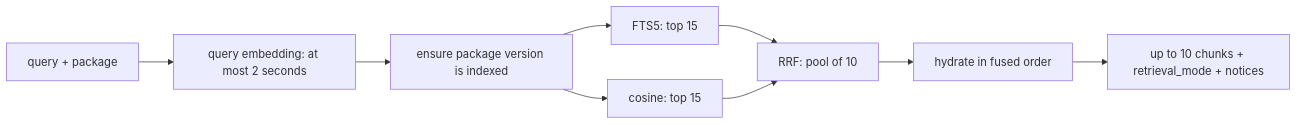
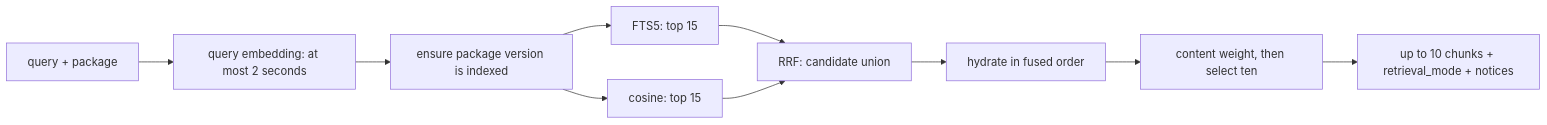
One commit to ndrean/local-elixir-mcp changed the diagram in README.md. Above: the diagram before and after it, drawn with Mermaid. The commit also changed other lines of this file and 11 other files, not shown here.

````diff
--- a/README.md
+++ b/README.md
@@ -379,11 +523,12 @@
 ```mermaid
 flowchart LR
     Q[query + package] --> E[query embedding: at most 2 seconds]
     E --> I[ensure package version is indexed]
     I --> F[FTS5: top 15]
     I --> V[cosine: top 15]
-    F --> R[RRF: pool of 10]
+    F --> R[RRF: candidate union]
     V --> R
     R --> H[hydrate in fused order]
-    H --> O[up to 10 chunks + retrieval_mode + notices]
+    H --> W[content weight, then select ten]
+    W --> O[up to 10 chunks + retrieval_mode + notices]
 ```
````
